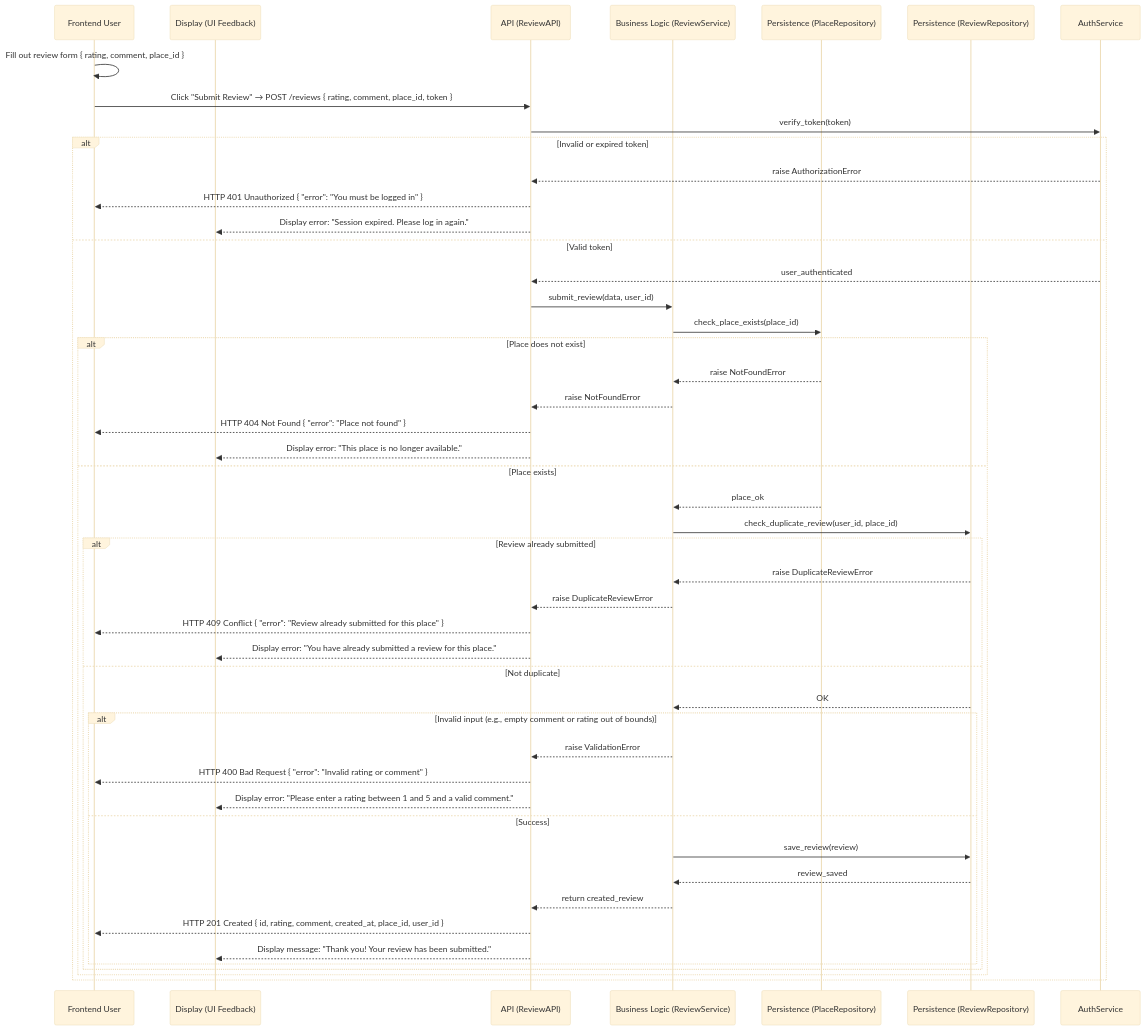
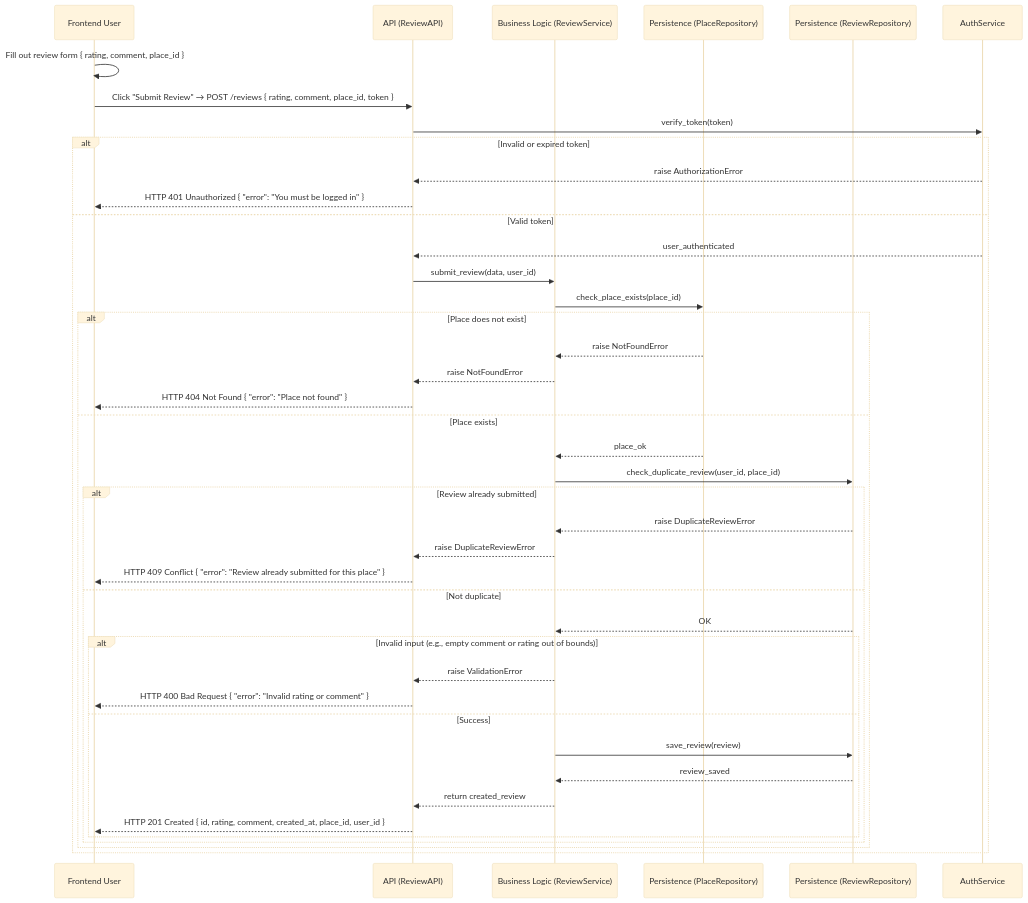
The third of 5 diagrams in part1/README.md (wshzoro/holbertonschool-hbnb), drawn with Mermaid (base theme) before and after one commit. The commit also changed other lines of this file, not shown here.

````diff
--- a/part1/README.md
+++ b/part1/README.md
@@ -195,59 +195,54 @@
 ```mermaid
 sequenceDiagram
     participant User as Frontend User
-    participant Display as Display (UI Feedback)
     participant APIService as API (ReviewAPI)
     participant ReviewLogic as Business Logic (ReviewService)
     participant PlaceRepository as Persistence (PlaceRepository)
     participant ReviewRepository as Persistence (ReviewRepository)
     participant AuthService as AuthService
 
     User->>User: Fill out review form { rating, comment, place_id }
     User->>APIService: Click "Submit Review" → POST /reviews { rating, comment, place_id, token }
     APIService->>AuthService: verify_token(token)
 
     alt Invalid or expired token
         AuthService-->>APIService: raise AuthorizationError
         APIService-->>User: HTTP 401 Unauthorized { "error": "You must be logged in" }
-        APIService-->>Display: Display error: "Session expired. Please log in again."
 
     else Valid token
         AuthService-->>APIService: user_authenticated
         APIService->>ReviewLogic: submit_review(data, user_id)
         ReviewLogic->>PlaceRepository: check_place_exists(place_id)
 
         alt Place does not exist
             PlaceRepository-->>ReviewLogic: raise NotFoundError
             ReviewLogic-->>APIService: raise NotFoundError
             APIService-->>User: HTTP 404 Not Found { "error": "Place not found" }
-            APIService-->>Display: Display error: "This place is no longer available."
 
         else Place exists
             PlaceRepository-->>ReviewLogic: place_ok
             ReviewLogic->>ReviewRepository: check_duplicate_review(user_id, place_id)
 
             alt Review already submitted
                 ReviewRepository-->>ReviewLogic: raise DuplicateReviewError
                 ReviewLogic-->>APIService: raise DuplicateReviewError
                 APIService-->>User: HTTP 409 Conflict { "error": "Review already submitted for this place" }
-                APIService-->>Display: Display error: "You have already submitted a review for this place."
 
             else Not duplicate
                 ReviewRepository-->>ReviewLogic: OK
 
                 alt Invalid input (e.g., empty comment or rating out of bounds)
                     ReviewLogic-->>APIService: raise ValidationError
                     APIService-->>User: HTTP 400 Bad Request { "error": "Invalid rating or comment" }
-                    APIService-->>Display: Display error: "Please enter a rating between 1 and 5 and a valid comment."
 
                 else Success
                     ReviewLogic->>ReviewRepository: save_review(review)
                     ReviewRepository-->>ReviewLogic: review_saved
                     ReviewLogic-->>APIService: return created_review
                     APIService-->>User: HTTP 201 Created { id, rating, comment, created_at, place_id, user_id }
-                    APIService-->>Display: Display message: "Thank you! Your review has been submitted."
                 end
             end
         end
     end
+
 ```
````
